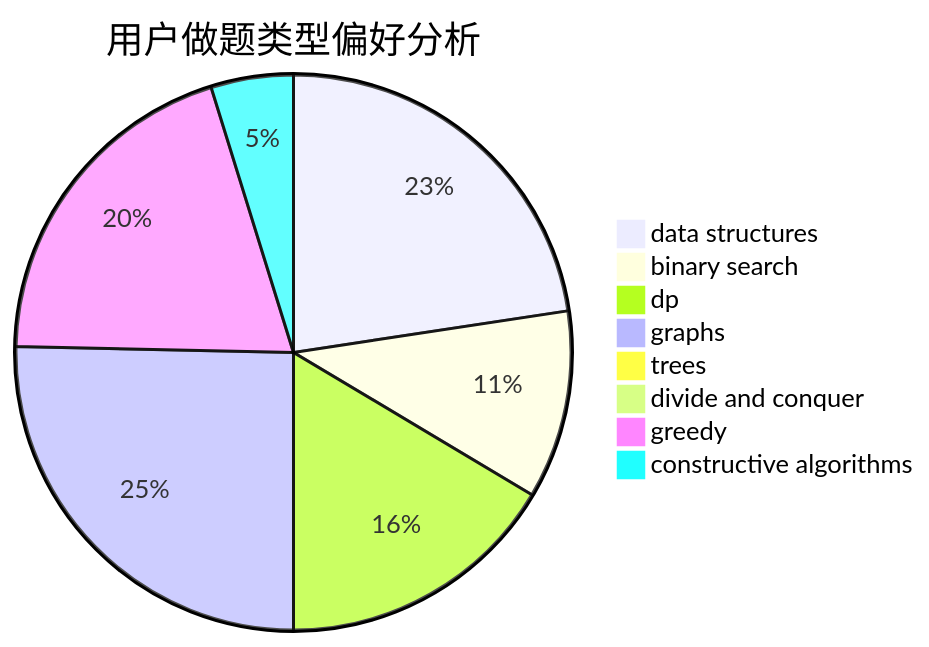
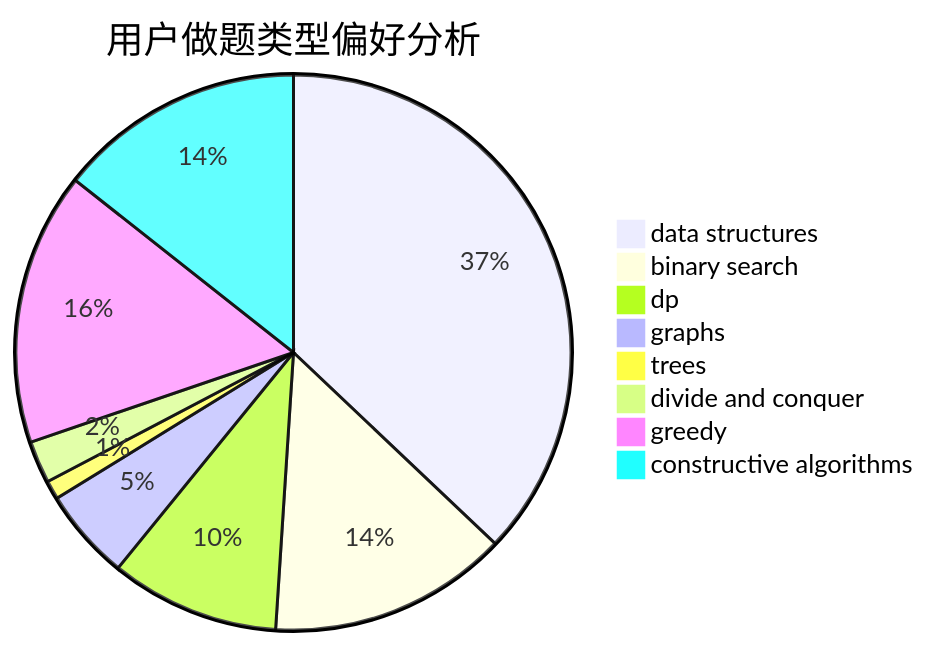
One commit to sherpahu/cfrs.github.io changed the second of 3 diagrams in docs/user/u878.md. Above: the diagram before and after it, drawn with Mermaid. The commit also changed other lines of this file and 2770 other files, not shown here.

````diff
--- a/docs/user/u878.md
+++ b/docs/user/u878.md
@@ -23,11 +23,11 @@
 ```mermaid
 pie title 用户做题类型偏好分析
-    "data structures" :  33
-    "binary search" :  16
-    "dp" :  24
-    "graphs" :  37
-    "trees" :  0
-    "divide and conquer" :  0
-    "greedy" :  29
-    "constructive algorithms" :  7
+    "data structures" :  271
+    "binary search" :  102
+    "dp" :  72
+    "graphs" :  39
+    "trees" :  8
+    "divide and conquer" :  18
+    "greedy" :  116
+    "constructive algorithms" :  105
 ```
````
